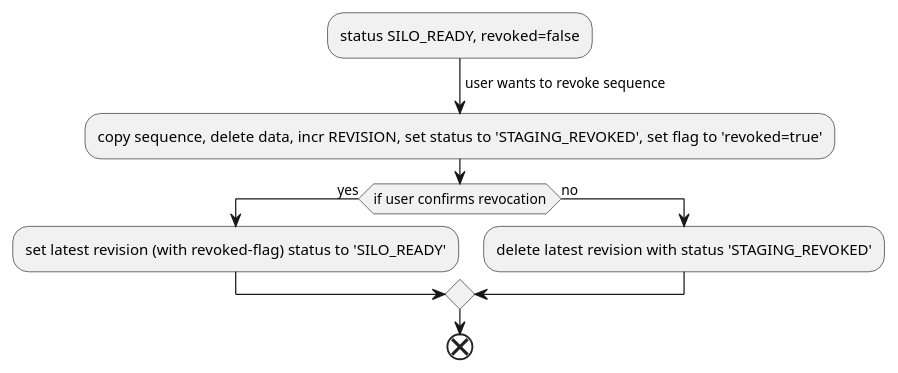
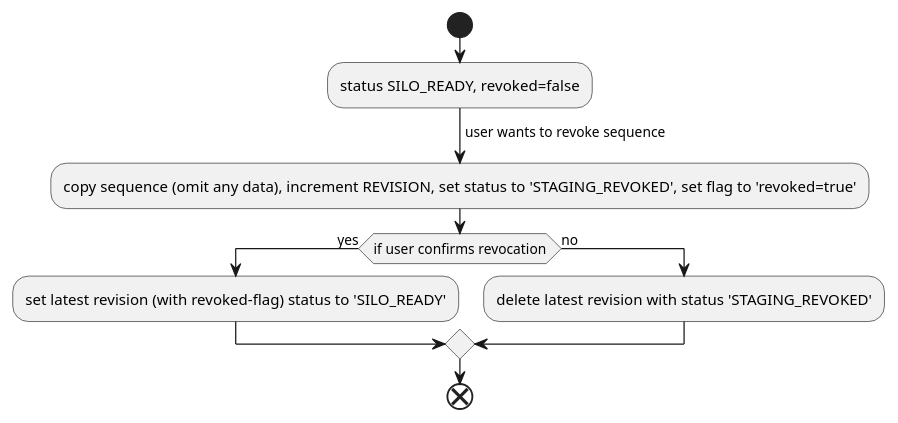
One commit to loculus-project/loculus changed the diagram in backend/docs/plantuml/revokingSequenceData.puml. Above: the diagram before and after it, drawn with PlantUML.

Commit message:
docs(backend): add missing PR corrections

```diff
--- a/backend/docs/plantuml/revokingSequenceData.puml
+++ b/backend/docs/plantuml/revokingSequenceData.puml
@@ -1,11 +1,12 @@
 @startuml
+    start
     :status SILO_READY, revoked=false;
     ->user wants to revoke sequence;
-    :copy sequence, delete data, incr REVISION, set status to 'STAGING_REVOKED', set flag to 'revoked=true';
+    :copy sequence (omit any data), increment REVISION, set status to 'STAGING_REVOKED', set flag to 'revoked=true';
     if(if user confirms revocation) then (yes)
         :set latest revision (with revoked-flag) status to 'SILO_READY';
     else (no)
         :delete latest revision with status 'STAGING_REVOKED';
     endif
     end
 @enduml
```
